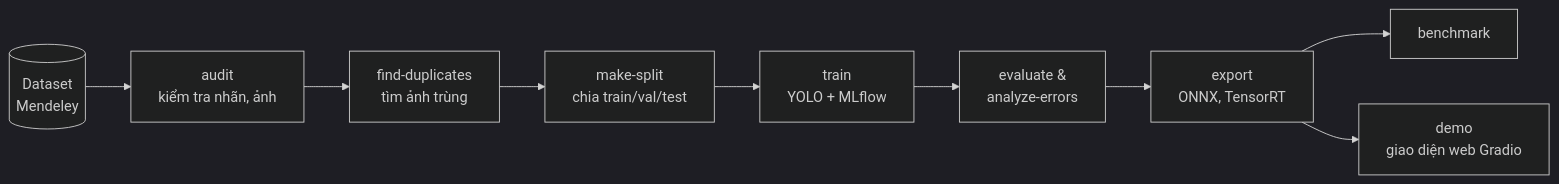
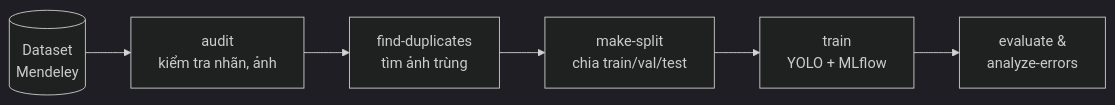
The diagram in README.md (ngocluong0101/MilitaryAndCivilianVehicles), drawn with Mermaid (dark theme) before and after one commit. The commit also changed other lines of this file and 30 other files, not shown here.

Commit message:
Remove export, benchmark and demo code to keep the project focused on training

````diff
--- a/README.md
+++ b/README.md
@@ -13,11 +13,8 @@
 ```mermaid
 flowchart LR
     A[(Dataset<br/>Mendeley)] --> B[audit<br/>kiểm tra nhãn, ảnh]
     B --> C[find-duplicates<br/>tìm ảnh trùng]
     C --> D[make-split<br/>chia train/val/test]
     D --> E[train<br/>YOLO + MLflow]
     E --> F[evaluate &<br/>analyze-errors]
-    F --> G[export<br/>ONNX, TensorRT]
-    G --> H[benchmark]
-    G --> I[demo<br/>giao diện web Gradio]
 ```
````
